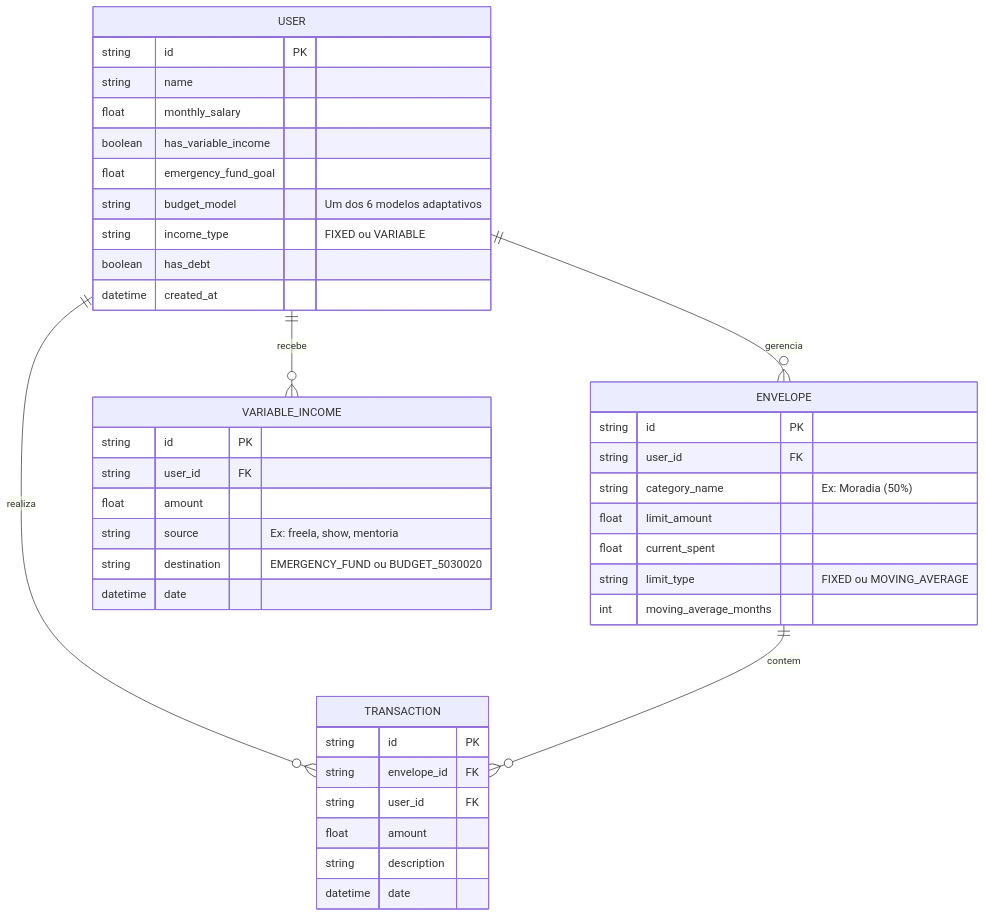
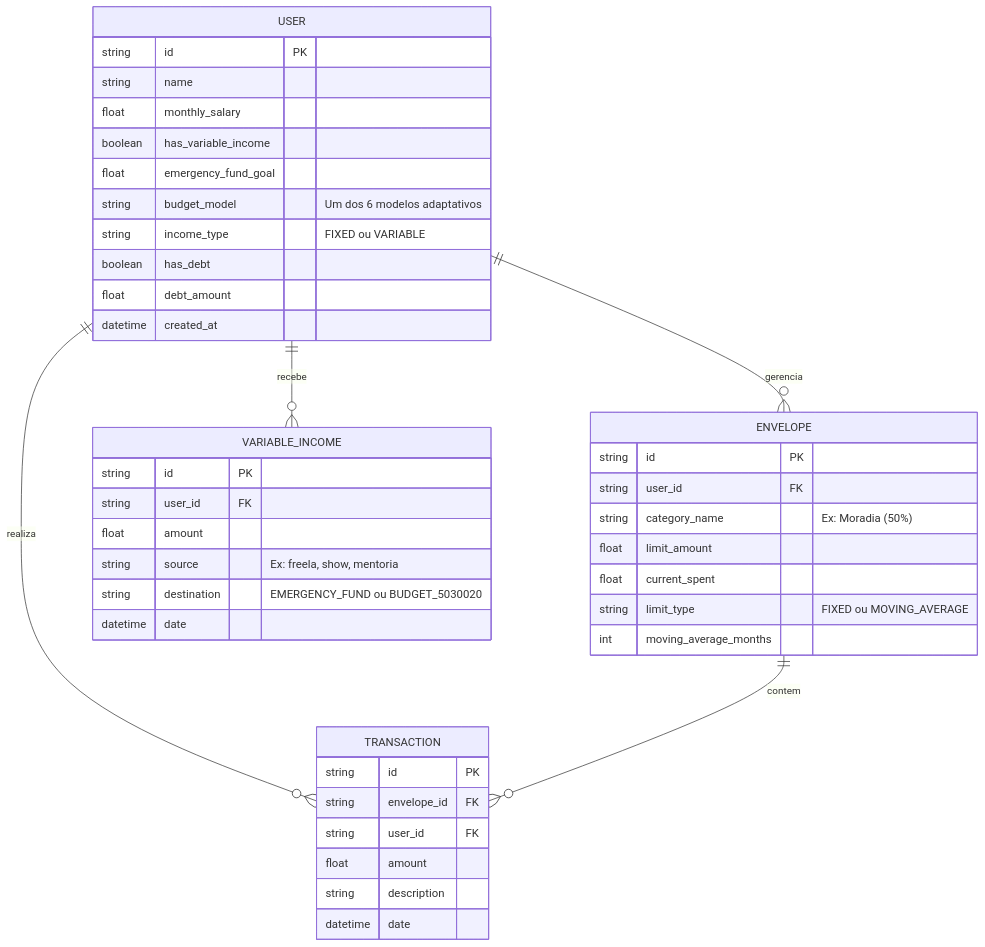
Before and after one commit to luizaleblanc/organiza-ai: the first of 6 diagrams in docs/DATA_MODEL.md, drawn with Mermaid. The commit also changed other lines of this file and 5 other files, not shown here.

First line of the commit message:
feat(onboarding): adicionar campo debtAmount e refinar tipografia do design system

````diff
--- a/docs/DATA_MODEL.md
+++ b/docs/DATA_MODEL.md
@@ -19,47 +19,48 @@
 ```mermaid
 erDiagram
     USER ||--o{ ENVELOPE : gerencia
     USER ||--o{ TRANSACTION : realiza
     USER ||--o{ VARIABLE_INCOME : recebe
     ENVELOPE ||--o{ TRANSACTION : contem
 
     USER {
         string id PK
         string name
         float monthly_salary
         boolean has_variable_income
         float emergency_fund_goal
         string budget_model "Um dos 6 modelos adaptativos"
         string income_type "FIXED ou VARIABLE"
         boolean has_debt
+        float debt_amount
         datetime created_at
     }
 
     ENVELOPE {
         string id PK
         string user_id FK
         string category_name "Ex: Moradia (50%)"
         float limit_amount
         float current_spent
         string limit_type "FIXED ou MOVING_AVERAGE"
         int moving_average_months
     }
 
     TRANSACTION {
         string id PK
         string envelope_id FK
         string user_id FK
         float amount
         string description
         datetime date
     }
 
     VARIABLE_INCOME {
         string id PK
         string user_id FK
         float amount
         string source "Ex: freela, show, mentoria"
         string destination "EMERGENCY_FUND ou BUDGET_5030020"
         datetime date
     }
 ```
````
